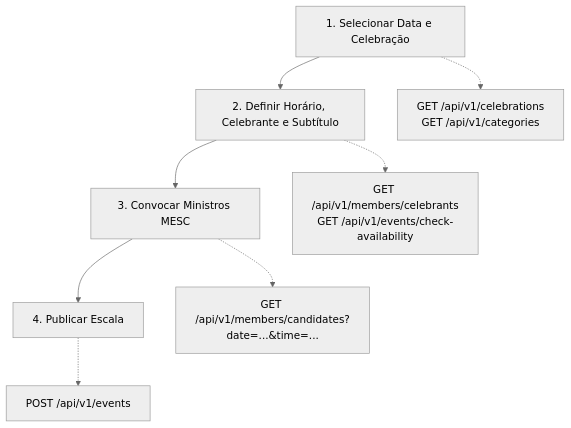
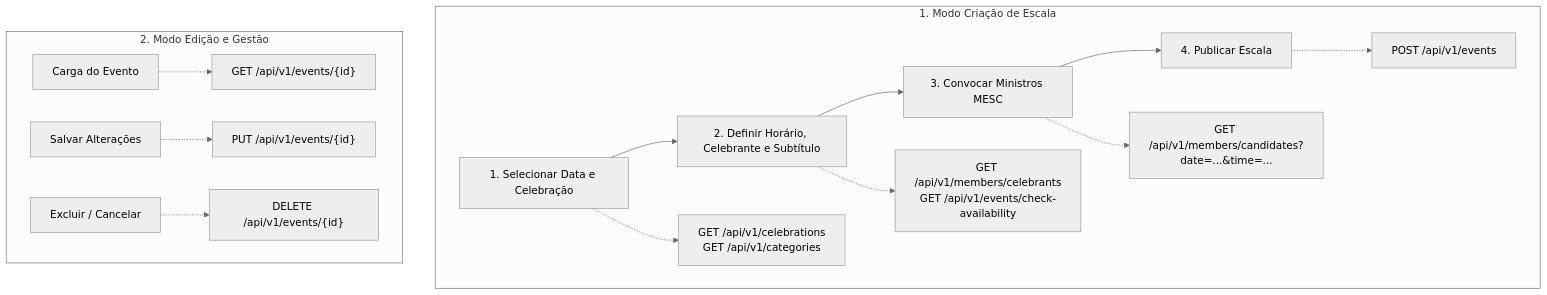
Before and after one commit to henriquehl/escala_ministros_front: the second of 5 diagrams in docs/SUGESTAO_CONTRATOS_API.md, drawn with Mermaid (neutral theme). The commit also changed other lines of this file and 27 other files, not shown here.

````diff
--- a/docs/SUGESTAO_CONTRATOS_API.md
+++ b/docs/SUGESTAO_CONTRATOS_API.md
@@ -141,11 +197,18 @@
 ```mermaid
 flowchart TD
-    Step1["1. Selecionar Data e Celebração"] --> Step2["2. Definir Horário, Celebrante e Subtítulo"]
-    Step2 --> Step3["3. Convocar Ministros MESC"]
-    Step3 --> Step4["4. Publicar Escala"]
+    subgraph Criacao["1. Modo Criação de Escala"]
+        Step1["1. Selecionar Data e Celebração"] --> Step2["2. Definir Horário, Celebrante e Subtítulo"]
+        Step2 --> Step3["3. Convocar Ministros MESC"]
+        Step3 --> Step4["4. Publicar Escala"]
+        Step1 -.-> E1["GET /api/v1/celebrations<br/>GET /api/v1/categories"]
+        Step2 -.-> E2["GET /api/v1/members/celebrants<br/>GET /api/v1/events/check-availability"]
+        Step3 -.-> E3["GET /api/v1/members/candidates?date=...&time=..."]
+        Step4 -.-> E4["POST /api/v1/events"]
+    end
 
-    Step1 -.-> E1["GET /api/v1/celebrations<br/>GET /api/v1/categories"]
-    Step2 -.-> E2["GET /api/v1/members/celebrants<br/>GET /api/v1/events/check-availability"]
-    Step3 -.-> E3["GET /api/v1/members/candidates?date=...&time=..."]
-    Step4 -.-> E4["POST /api/v1/events"]
+    subgraph Edicao["2. Modo Edição e Gestão"]
+        LoadScale["Carga do Evento"] -.-> EGet["GET /api/v1/events/{id}"]
+        SaveEdit["Salvar Alterações"] -.-> EPut["PUT /api/v1/events/{id}"]
+        DeleteScale["Excluir / Cancelar"] -.-> EDel["DELETE /api/v1/events/{id}"]
+    end
 ```
````
